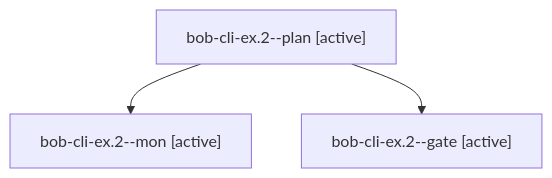
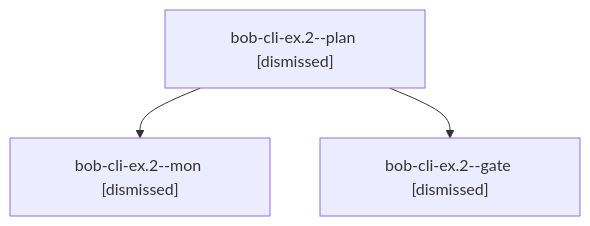
Before and after one commit to bobs-org/bob-cli--agents: the diagram in sessions/bbugyi200.apollo.bob-cli-ex.2.md, drawn with Mermaid. The commit also changed other lines of this file and 310 other files, not shown here.

````diff
--- a/sessions/bbugyi200.apollo.bob-cli-ex.2.md
+++ b/sessions/bbugyi200.apollo.bob-cli-ex.2.md
@@ -9,8 +9,8 @@
 ```mermaid
 flowchart TD
-  n0["bob-cli-ex.2--plan [active]"]
-  n1["bob-cli-ex.2--mon [active]"]
+  n0["bob-cli-ex.2--plan [dismissed]"]
+  n1["bob-cli-ex.2--mon [dismissed]"]
   n0 --> n1
-  n2["bob-cli-ex.2--gate [active]"]
+  n2["bob-cli-ex.2--gate [dismissed]"]
   n0 --> n2
 ```
````
